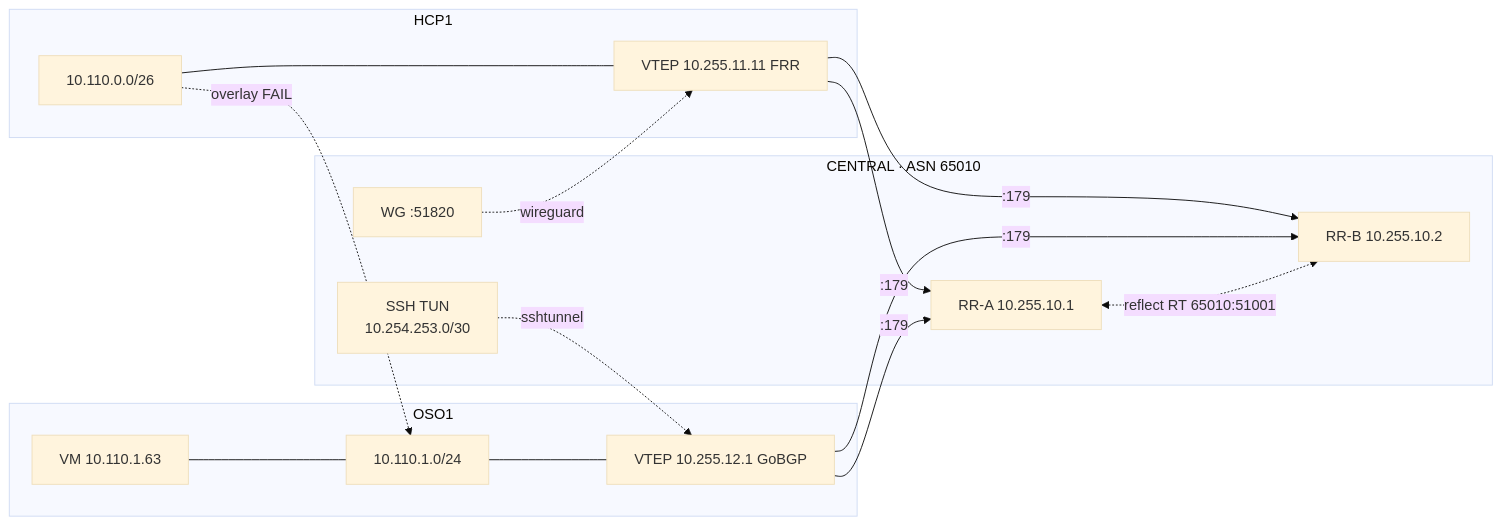
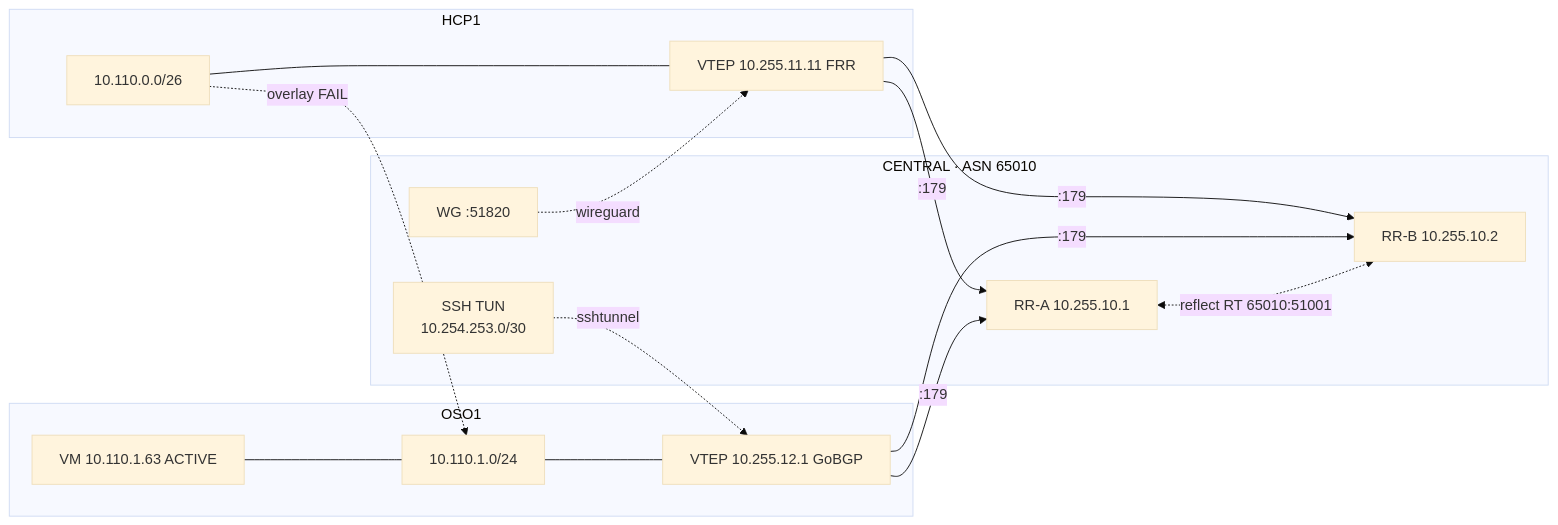
The second of 5 diagrams in design/fabric-verify.md (hybrid-sovereign-cloud/hybridcloud-demojam), drawn with Mermaid (base theme) before and after one commit. The commit also changed other lines of this file, not shown here.

````diff
--- a/design/fabric-verify.md
+++ b/design/fabric-verify.md
@@ -58,30 +76,30 @@
 ```mermaid
 flowchart LR
   subgraph CENTRAL["CENTRAL · ASN 65010"]
     RRA["RR-A 10.255.10.1"]
     RRB["RR-B 10.255.10.2"]
     WGH["WG :51820"]
     SSH["SSH TUN<br/>10.254.253.0/30"]
   end
 
   subgraph HCP1["HCP1"]
     HV["VTEP 10.255.11.11 FRR"]
     HP["10.110.0.0/26"]
   end
 
   subgraph OSO1["OSO1"]
     OV["VTEP 10.255.12.1 GoBGP"]
     OP["10.110.1.0/24"]
-    VM["VM 10.110.1.63"]
+    VM["VM 10.110.1.63 ACTIVE"]
   end
 
   WGH -.->|wireguard| HV
   SSH -.->|sshtunnel| OV
   HV -->|:179| RRA & RRB
   OV -->|:179| RRA & RRB
   RRA <-.->|reflect RT 65010:51001| RRB
   HP --- HV
   OP --- OV
   VM --- OP
   HP -.->|overlay FAIL| OP
 ```
````
